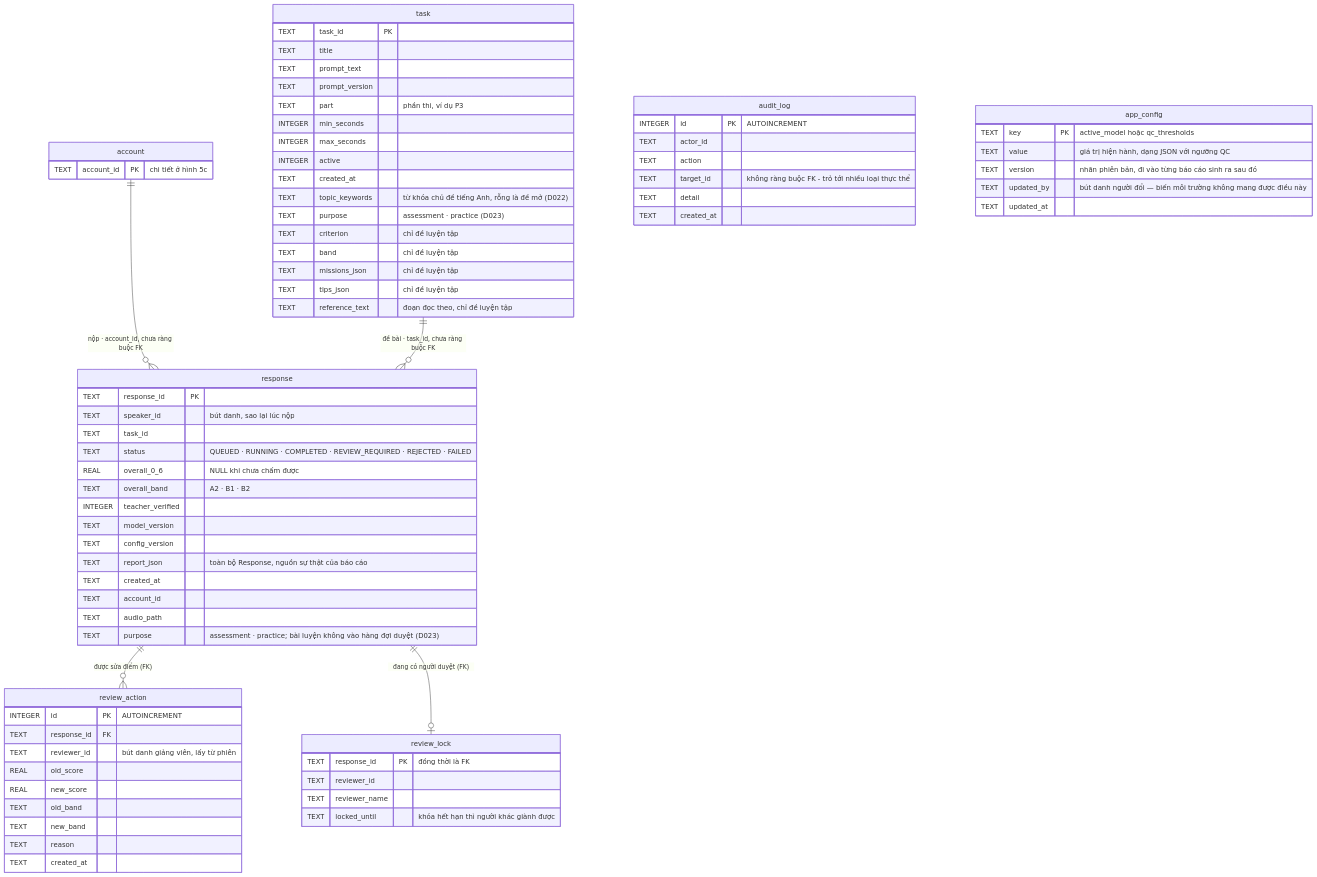
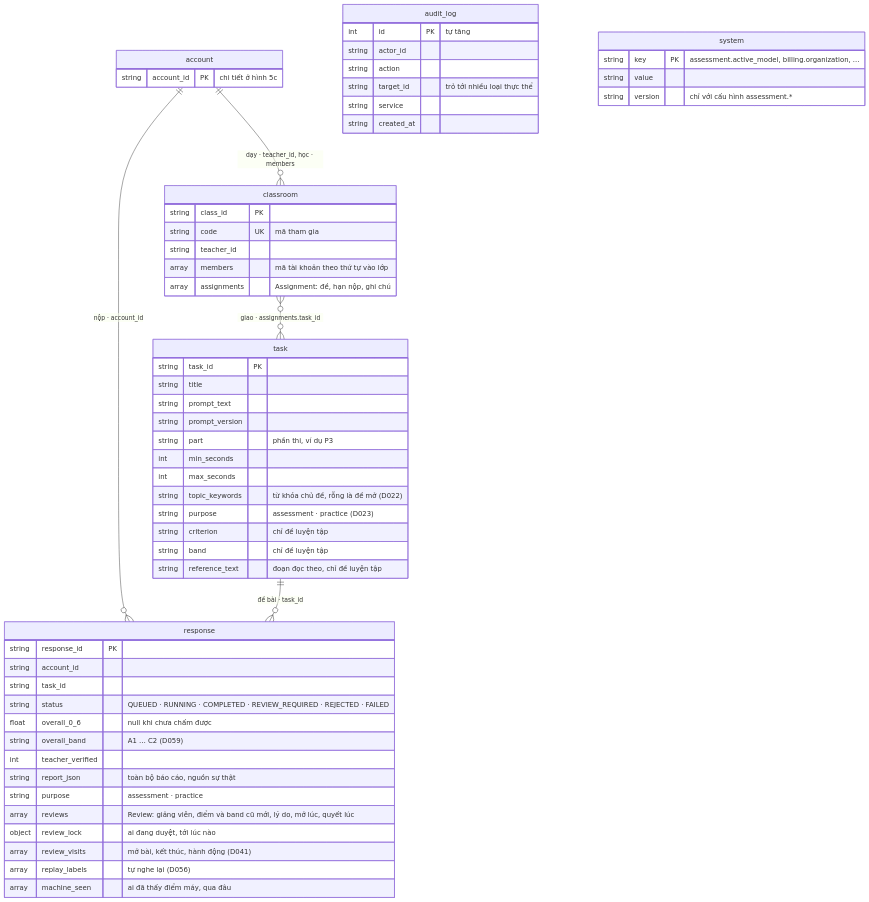
One commit to ThanhSangLouis/ai-assessor-cefr changed the sixth of 12 diagrams in docs/sdd/SDD.md. Above: the diagram before and after it, drawn with Mermaid. The commit also changed other lines of this file and 14 other files, not shown here.

First line of the commit message:
docs(D060): từ điển dữ liệu, ERD và snapshot theo 19 collection

````diff
--- a/docs/sdd/SDD.md
+++ b/docs/sdd/SDD.md
@@ -976,88 +976,71 @@
 ```mermaid
-%% SDD - Diagram 05: ERD - phan cham diem cua lang do dang chay (SQLite, aicefr.db)
-%% Tach lam hai hinh vi gop chin bang vao mot hinh cho ty le 2,28 - qua rong,
-%% in A4 thi chu mat. Hinh 5c ve phan dinh danh, dong thuan va trang thai theo
-%% tai khoan; hinh 5d ve phan cham mu (D030).
-%% Kieu ghi dung kieu SQLite that: TEXT / INTEGER / REAL.
+%% SDD - Diagram 05: ERD - phan cham diem va van hanh (MongoDB, database core)
+%% Sau D060 moi aggregate root cua so do lop la mot collection; phan hop thanh
+%% nam trong document cua goc, ghi bang truong kieu mang. Tach ba hinh cho ty le
+%% in A4: hinh 5c ve dinh danh, hinh 5d ve cham mu va thuc nghiem.
+%% Duong lien: tham chieu do ma giu (MongoDB khong ep khoa ngoai).
 erDiagram
-    account ||--o{ response : "nộp · account_id, chưa ràng buộc FK"
-    task ||--o{ response : "đề bài · task_id, chưa ràng buộc FK"
-    response ||--o{ review_action : "được sửa điểm (FK)"
-    response ||--o| review_lock : "đang có người duyệt (FK)"
+    account ||--o{ response : "nộp · account_id"
+    task ||--o{ response : "đề bài · task_id"
+    account ||--o{ classroom : "dạy · teacher_id, học · members"
+    classroom }o--o{ task : "giao · assignments.task_id"
 
     account {
-        TEXT account_id PK "chi tiết ở hình 5c"
+        string account_id PK "chi tiết ở hình 5c"
     }
 
     task {
-        TEXT task_id PK
-        TEXT title
-        TEXT prompt_text
-        TEXT prompt_version
-        TEXT part "phần thi, ví dụ P3"
-        INTEGER min_seconds
-        INTEGER max_seconds
-        INTEGER active
-        TEXT created_at
-        TEXT topic_keywords "từ khóa chủ đề tiếng Anh, rỗng là đề mở (D022)"
-        TEXT purpose "assessment · practice (D023)"
-        TEXT criterion "chỉ đề luyện tập"
-        TEXT band "chỉ đề luyện tập"
-        TEXT missions_json "chỉ đề luyện tập"
-        TEXT tips_json "chỉ đề luyện tập"
-        TEXT reference_text "đoạn đọc theo, chỉ đề luyện tập"
+        string task_id PK
+        string title
+        string prompt_text
+        string prompt_version
+        string part "phần thi, ví dụ P3"
+        int min_seconds
+        int max_seconds
+        string topic_keywords "từ khóa chủ đề, rỗng là đề mở (D022)"
+        string purpose "assessment · practice (D023)"
+        string criterion "chỉ đề luyện tập"
+        string band "chỉ đề luyện tập"
+        string reference_text "đoạn đọc theo, chỉ đề luyện tập"
     }
 
     response {
-        TEXT response_id PK
-        TEXT speaker_id "bút danh, sao lại lúc nộp"
-        TEXT task_id
-        TEXT status "QUEUED · RUNNING · COMPLETED · REVIEW_REQUIRED · REJECTED · FAILED"
-        REAL overall_0_6 "NULL khi chưa chấm được"
-        TEXT overall_band "A2 · B1 · B2"
-        INTEGER teacher_verified
-        TEXT model_version
-        TEXT config_version
-        TEXT report_json "toàn bộ Response, nguồn sự thật của báo cáo"
-        TEXT created_at
-        TEXT account_id
-        TEXT audio_path
-        TEXT purpose "assessment · practice; bài luyện không vào hàng đợi duyệt (D023)"
+        string response_id PK
+        string account_id
+        string task_id
+        string status "QUEUED · RUNNING · COMPLETED · REVIEW_REQUIRED · REJECTED · FAILED"
+        float overall_0_6 "null khi chưa chấm được"
+        string overall_band "A1 … C2 (D059)"
+        int teacher_verified
+        string report_json "toàn bộ báo cáo, nguồn sự thật"
+        string purpose "assessment · practice"
+        array reviews "Review: giảng viên, điểm và band cũ mới, lý do, mở lúc, quyết lúc"
+        object review_lock "ai đang duyệt, tới lúc nào"
+        array review_visits "mở bài, kết thúc, hành động (D041)"
+        array replay_labels "tự nghe lại (D056)"
+        array machine_seen "ai đã thấy điểm máy, qua đâu"
     }
 
-    review_action {
-        INTEGER id PK "AUTOINCREMENT"
-        TEXT response_id FK
-        TEXT reviewer_id "bút danh giảng viên, lấy từ phiên"
-        REAL old_score
-        REAL new_score
-        TEXT old_band
-        TEXT new_band
-        TEXT reason
-        TEXT created_at
-    }
-
-    review_lock {
-        TEXT response_id PK "đồng thời là FK"
-        TEXT reviewer_id
-        TEXT reviewer_name
-        TEXT locked_until "khóa hết hạn thì người khác giành được"
+    classroom {
+        string class_id PK
+        string code UK "mã tham gia"
+        string teacher_id
+        array members "mã tài khoản theo thứ tự vào lớp"
+        array assignments "Assignment: đề, hạn nộp, ghi chú"
     }
 
     audit_log {
-        INTEGER id PK "AUTOINCREMENT"
-        TEXT actor_id
-        TEXT action
-        TEXT target_id "không ràng buộc FK - trỏ tới nhiều loại thực thể"
-        TEXT detail
-        TEXT created_at
+        int id PK "tự tăng"
+        string actor_id
+        string action
+        string target_id "trỏ tới nhiều loại thực thể"
+        string service
+        string created_at
     }
 
-    app_config {
-        TEXT key PK "active_model hoặc qc_thresholds"
-        TEXT value "giá trị hiện hành, dạng JSON với ngưỡng QC"
-        TEXT version "nhãn phiên bản, đi vào từng báo cáo sinh ra sau đó"
-        TEXT updated_by "bút danh người đổi — biến môi trường không mang được điều này"
-        TEXT updated_at
+    system {
+        string key PK "assessment.active_model, billing.organization, ..."
+        string value
+        string version "chỉ với cấu hình assessment.*"
     }
 ```
````
